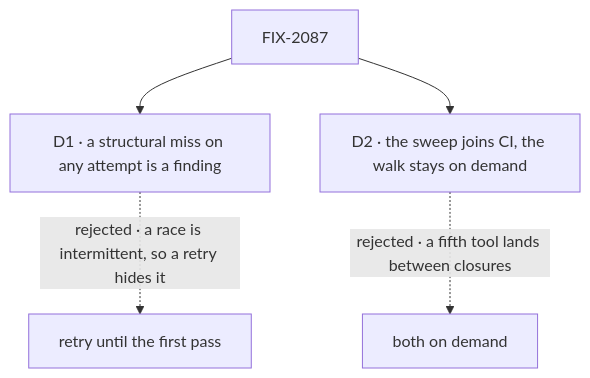
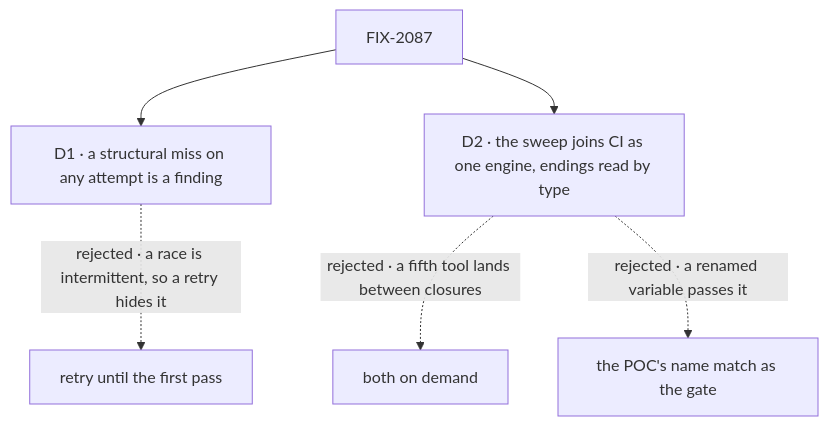
Before and after one commit to fixpoint-labs/flow-state-dev: the diagram in specs/issues/FIX-2087/DECISIONS.md, drawn with Mermaid. The commit also changed other lines of this file and 3 other files, not shown here.

First line of the commit message:
spec(FIX-2087): review round 1, one rule engine with endings read by type

````diff
--- a/specs/issues/FIX-2087/DECISIONS.md
+++ b/specs/issues/FIX-2087/DECISIONS.md
@@ -10,7 +10,8 @@
 ```mermaid
 flowchart TD
   I["FIX-2087"] --> D1["D1 · a structural miss on any attempt is a finding"]
   D1 -.->|"rejected · a race is intermittent, so a retry hides it"| X1["retry until the first pass"]
-  I --> D2["D2 · the sweep joins CI, the walk stays on demand"]
+  I --> D2["D2 · the sweep joins CI as one engine, endings read by type"]
   D2 -.->|"rejected · a fifth tool lands between closures"| X2["both on demand"]
+  D2 -.->|"rejected · a renamed variable passes it"| X3["the POC's name match as the gate"]
 ```
````
